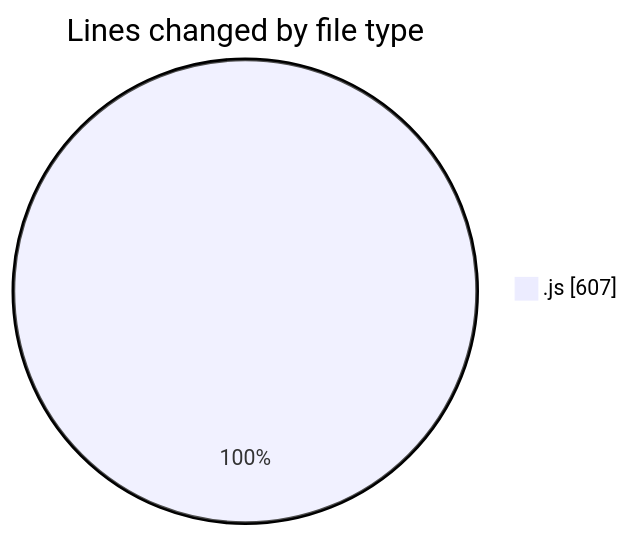
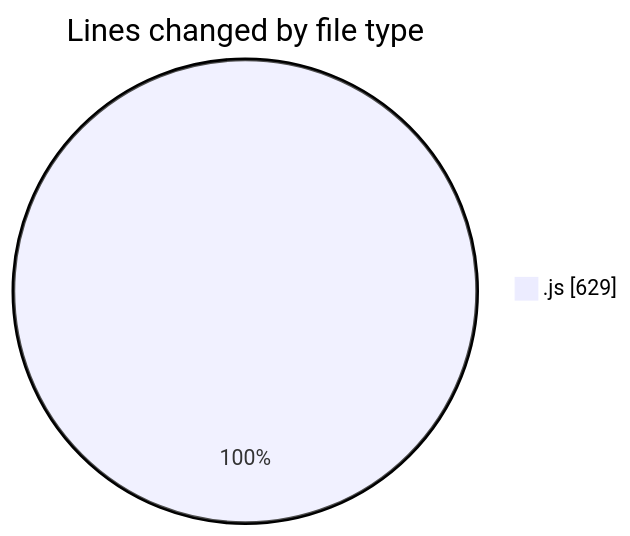
Before and after one commit to nxtqubesakshisongat/code-tracking: the first of 2 diagrams in 2025-09-04/nxtqube_webapp/README.md, drawn with Mermaid. The commit also changed other lines of this file and 1 other file, not shown here.

````diff
--- a/2025-09-04/nxtqube_webapp/README.md
+++ b/2025-09-04/nxtqube_webapp/README.md
@@ -20,5 +20,5 @@
 ```mermaid
 pie showData
 title Lines changed by file type
-".js" : 607
+".js" : 629
 ```
````
